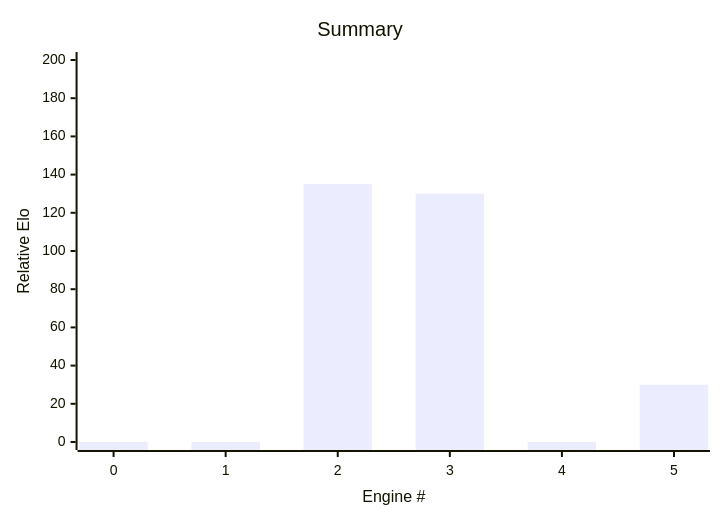
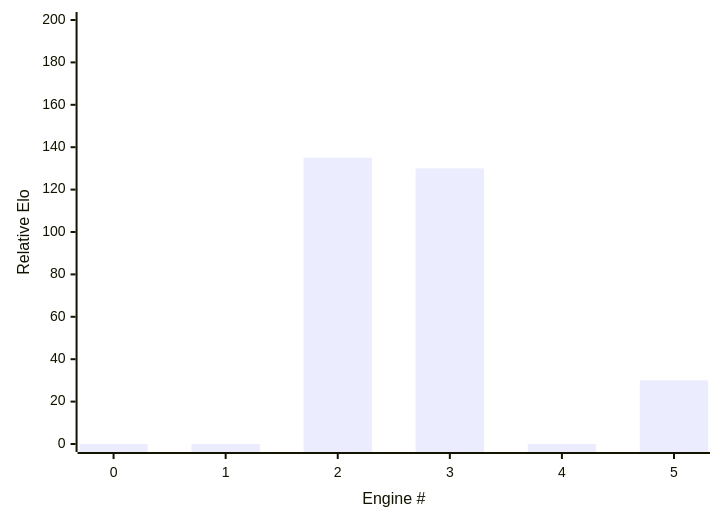
One commit to op12no2/eval changed the diagram in README.md. Above: the diagram before and after it, drawn with Mermaid.

Commit message:
add a mermaid plot

````diff
--- a/README.md
+++ b/README.md
@@ -18,7 +18,6 @@
 ```mermaid
 xychart-beta
-  title "Summary"
   x-axis "Engine #" [0, 1, 2, 3, 4, 5]
   y-axis "Relative Elo" 0 --> 200
   bar [0, 0, 135, 130, 0, 30]
 ```
````
